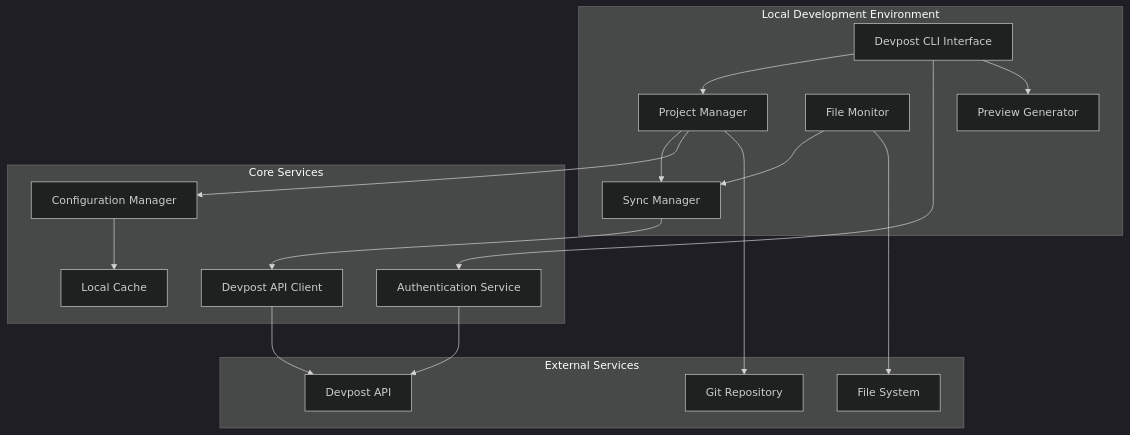
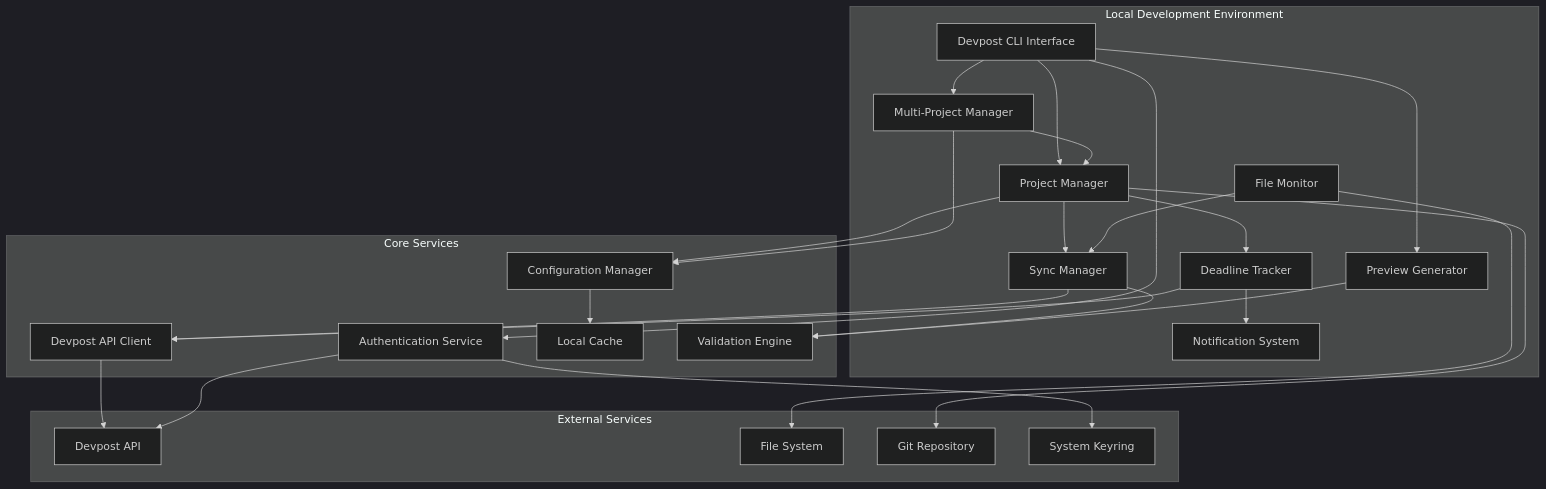
The first of 2 diagrams in .kiro/specs/devpost-hackathon-integration/design.md (nkllon/kiro-ai-development-hackathon), drawn with Mermaid (dark theme) before and after one commit. The commit also changed other lines of this file and 2 other files, not shown here.

````diff
--- a/.kiro/specs/devpost-hackathon-integration/design.md
+++ b/.kiro/specs/devpost-hackathon-integration/design.md
@@ -13,36 +13,50 @@
 ```mermaid
 graph TB
     subgraph "Local Development Environment"
         CLI[Devpost CLI Interface]
         PM[Project Manager]
         FM[File Monitor]
         SM[Sync Manager]
         PV[Preview Generator]
+        DT[Deadline Tracker]
+        NS[Notification System]
+        MPM[Multi-Project Manager]
     end
     
     subgraph "Core Services"
         AUTH[Authentication Service]
         API[Devpost API Client]
         CONFIG[Configuration Manager]
         CACHE[Local Cache]
+        VAL[Validation Engine]
     end
     
     subgraph "External Services"
         DEVPOST[Devpost API]
         FS[File System]
         GIT[Git Repository]
+        KEYRING[System Keyring]
     end
     
     CLI --> PM
     CLI --> AUTH
     CLI --> PV
+    CLI --> MPM
     PM --> SM
     PM --> CONFIG
+    PM --> DT
     FM --> SM
     SM --> API
+    SM --> VAL
     API --> DEVPOST
     AUTH --> DEVPOST
+    AUTH --> KEYRING
     CONFIG --> CACHE
     FM --> FS
     PM --> GIT
+    DT --> NS
+    DT --> API
+    PV --> VAL
+    MPM --> PM
+    MPM --> CONFIG
 ```
````
